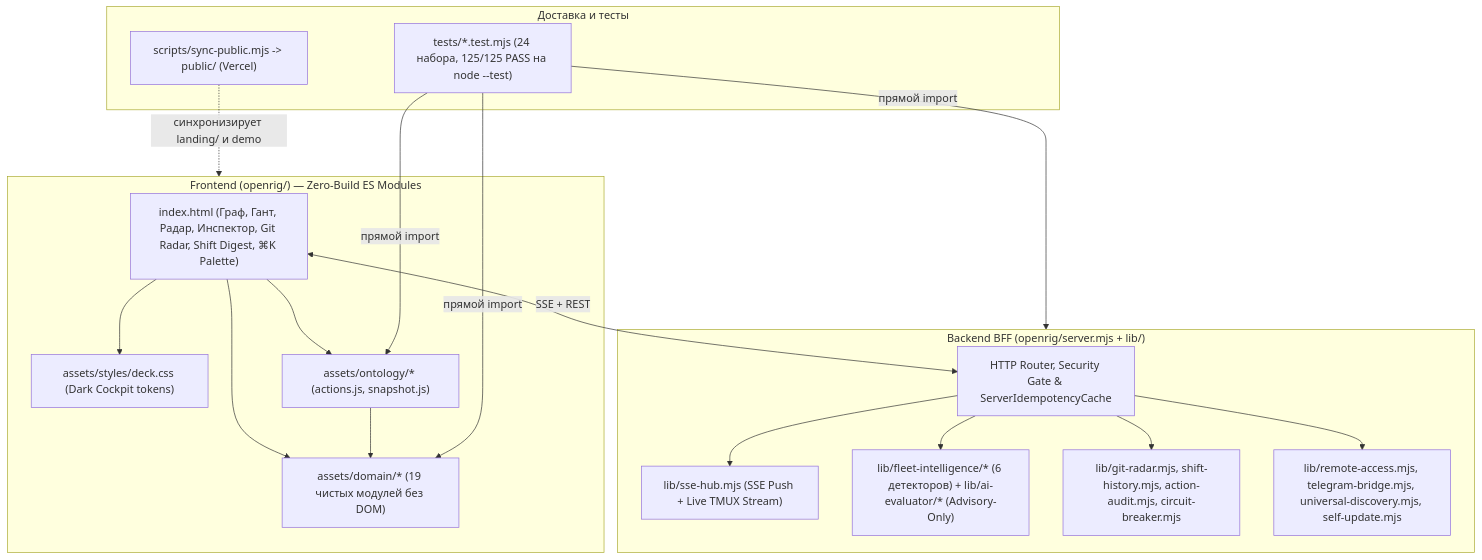
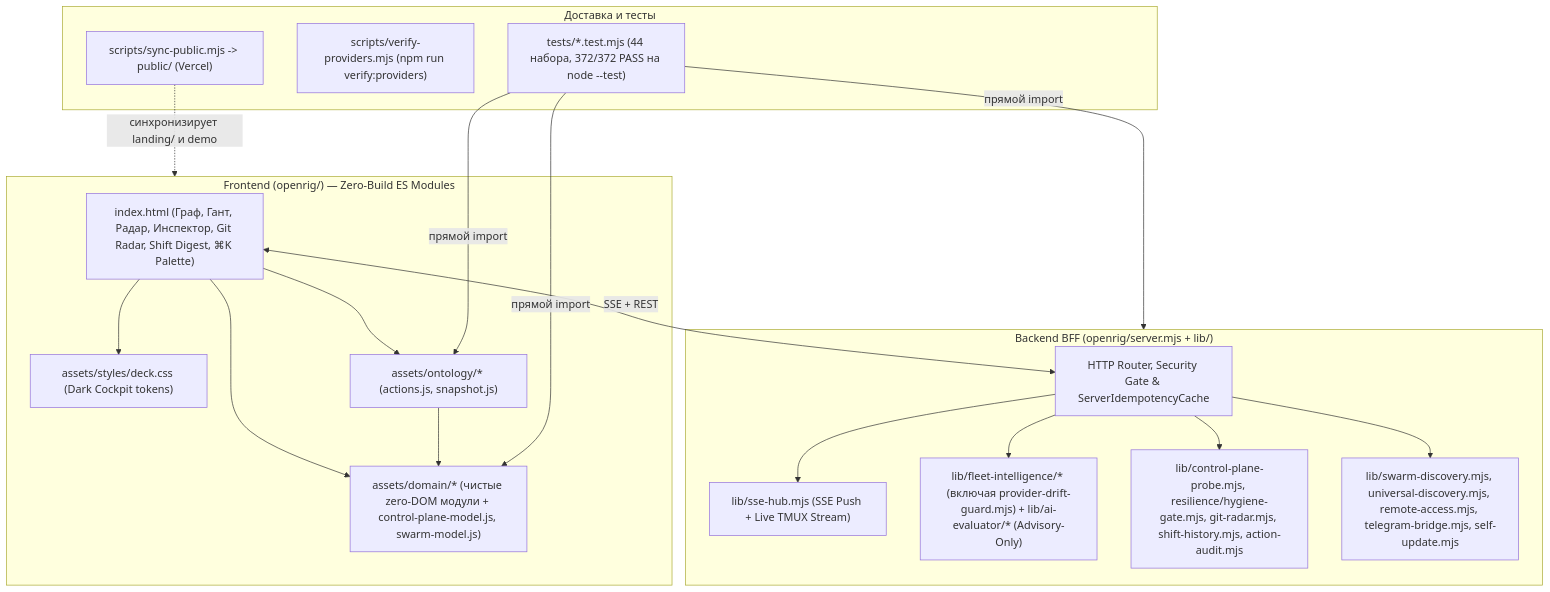
The fifth of 5 diagrams in openrig/docs/architecture.md (Vedariy/rig-commander), drawn with Mermaid before and after one commit. The commit also changed other lines of this file and 41 other files, not shown here.

Commit message:
chore(release): v3.12.0 — Control-Plane Watchdog, 2-step Queue Hygiene, Multi-Vendor Swarm Discovery & Provider Drift Guard

````diff
--- a/openrig/docs/architecture.md
+++ b/openrig/docs/architecture.md
@@ -187,36 +187,37 @@
 ```mermaid
 flowchart TD
     subgraph FE["Frontend (openrig/) — Zero-Build ES Modules"]
         HTML["index.html (Граф, Гант, Радар, Инспектор, Git Radar, Shift Digest, ⌘K Palette)"]
         CSS["assets/styles/deck.css (Dark Cockpit tokens)"]
-        DOM["assets/domain/* (19 чистых модулей без DOM)"]
+        DOM["assets/domain/* (чистые zero-DOM модули + control-plane-model.js, swarm-model.js)"]
         ONT["assets/ontology/* (actions.js, snapshot.js)"]
     end
 
     subgraph BE["Backend BFF (openrig/server.mjs + lib/)"]
         SEC["HTTP Router, Security Gate & ServerIdempotencyCache"]
         SSE["lib/sse-hub.mjs (SSE Push + Live TMUX Stream)"]
-        INTEL["lib/fleet-intelligence/* (6 детекторов) + lib/ai-evaluator/* (Advisory-Only)"]
-        OPS["lib/git-radar.mjs, shift-history.mjs, action-audit.mjs, circuit-breaker.mjs"]
-        CONN["lib/remote-access.mjs, telegram-bridge.mjs, universal-discovery.mjs, self-update.mjs"]
+        INTEL["lib/fleet-intelligence/* (включая provider-drift-guard.mjs) + lib/ai-evaluator/* (Advisory-Only)"]
+        OPS["lib/control-plane-probe.mjs, resilience/hygiene-gate.mjs, git-radar.mjs, shift-history.mjs, action-audit.mjs"]
+        CONN["lib/swarm-discovery.mjs, universal-discovery.mjs, remote-access.mjs, telegram-bridge.mjs, self-update.mjs"]
     end
 
     subgraph DEV["Доставка и тесты"]
         SYNC["scripts/sync-public.mjs -> public/ (Vercel)"]
-        TEST["tests/*.test.mjs (24 набора, 125/125 PASS на node --test)"]
+        CLI["scripts/verify-providers.mjs (npm run verify:providers)"]
+        TEST["tests/*.test.mjs (44 набора, 372/372 PASS на node --test)"]
     end
 
     HTML --> CSS
     HTML --> DOM
     HTML --> ONT
     ONT --> DOM
     HTML <-->|"SSE + REST"| SEC
     SEC --> SSE
     SEC --> INTEL
     SEC --> OPS
     SEC --> CONN
     SYNC -.->|"синхронизирует landing/ и demo"| FE
     TEST -->|"прямой import"| DOM
     TEST -->|"прямой import"| ONT
     TEST -->|"прямой import"| BE
 ```
````
